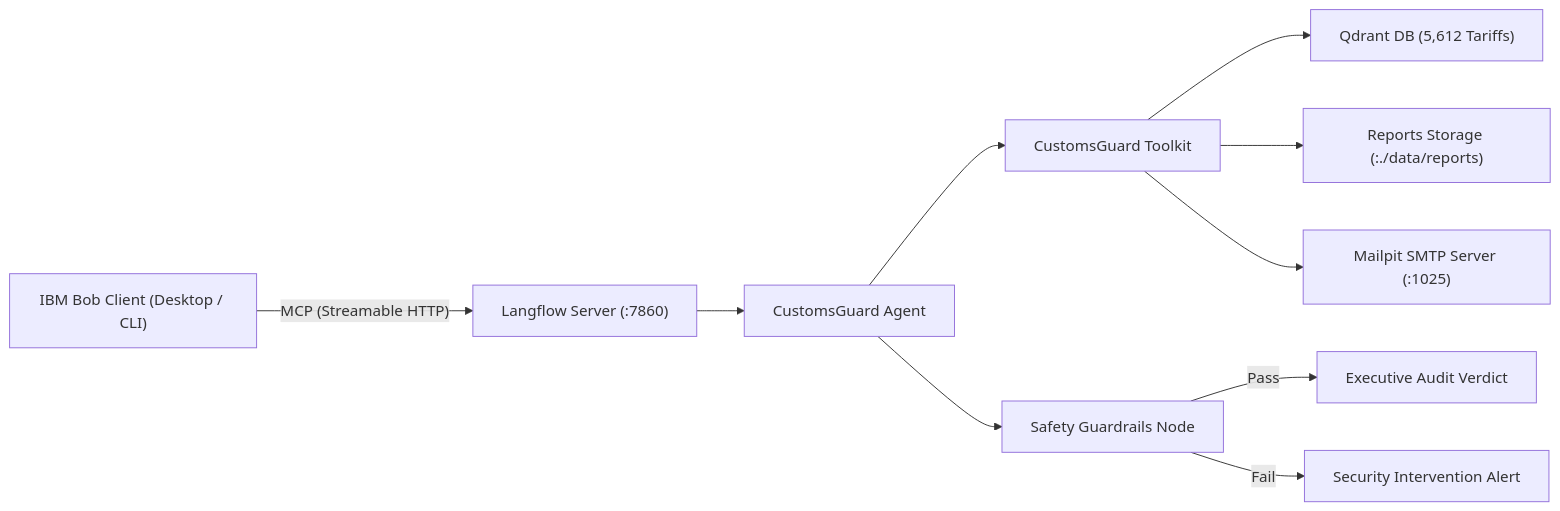
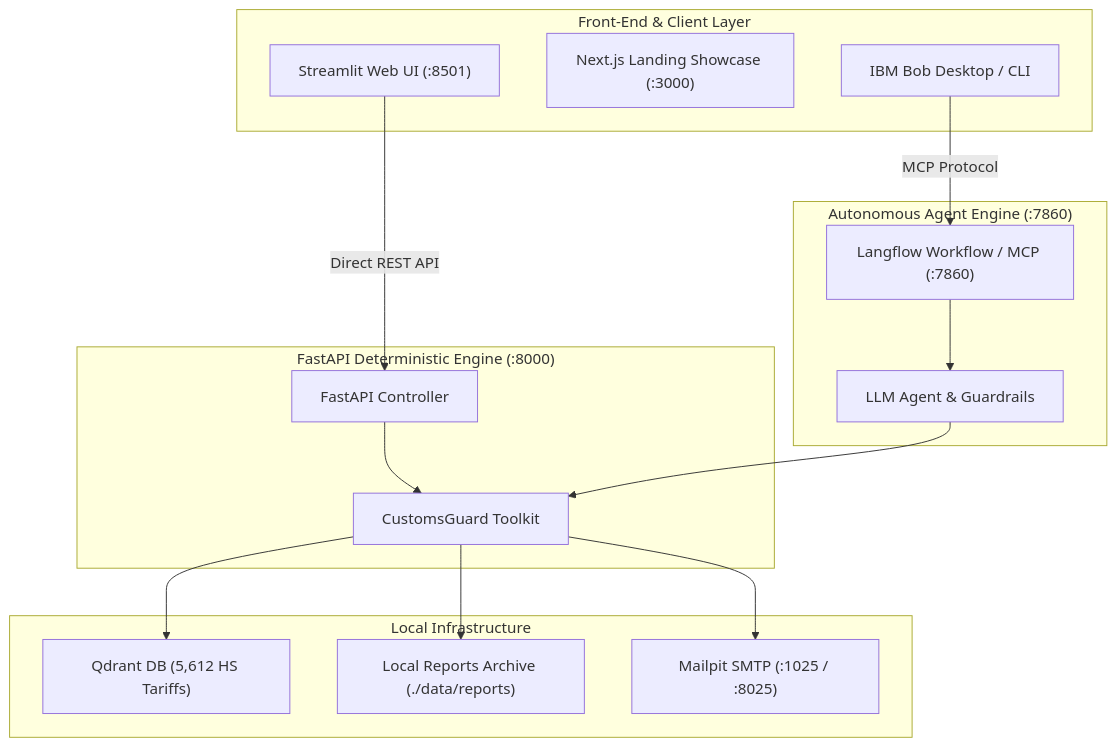
The diagram in README.md (rafifmsn/customs-guard), drawn with Mermaid before and after one commit. The commit also changed other lines of this file and 7 other files, not shown here.

````diff
--- a/README.md
+++ b/README.md
@@ -32,12 +32,34 @@
 ```mermaid
-flowchart LR
-    A["IBM Bob Client (Desktop / CLI)"] -- "MCP (Streamable HTTP)" --> B["Langflow Server (:7860)"]
-    B --> C["CustomsGuard Agent"]
-    C --> D["CustomsGuard Toolkit"]
-    D --> E["Qdrant DB (5,612 Tariffs)"]
-    D --> F["Reports Storage (:./data/reports)"]
-    D --> G["Mailpit SMTP Server (:1025)"]
-    C --> H["Safety Guardrails Node"]
-    H -- "Pass" --> I["Executive Audit Verdict"]
-    H -- "Fail" --> J["Security Intervention Alert"]
+flowchart TD
+    subgraph UI_Layer ["Front-End & Client Layer"]
+        A["Streamlit Web UI (:8501)"]
+        B["Next.js Landing Showcase (:3000)"]
+        C["IBM Bob Desktop / CLI"]
+    end
+
+    subgraph Deterministic_Path ["FastAPI Deterministic Engine (:8000)"]
+        D["FastAPI Controller"]
+        E["CustomsGuard Toolkit"]
+    end
+
+    subgraph Agent_Path ["Autonomous Agent Engine (:7860)"]
+        F["Langflow Workflow / MCP (:7860)"]
+        G["LLM Agent & Guardrails"]
+    end
+
+    subgraph Storage_Services ["Local Infrastructure"]
+        H["Qdrant DB (5,612 HS Tariffs)"]
+        I["Local Reports Archive (./data/reports)"]
+        J["Mailpit SMTP (:1025 / :8025)"]
+    end
+
+    A -- "Direct REST API" --> D
+    D --> E
+    E --> H
+    E --> I
+    E --> J
+
+    C -- "MCP Protocol" --> F
+    F --> G
+    G --> E
 ```
````
